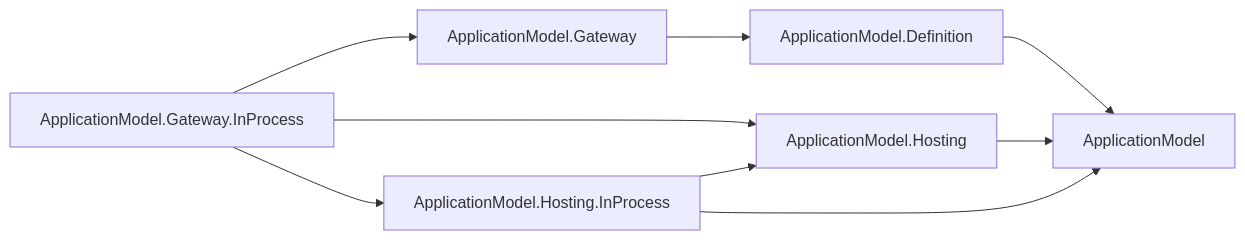
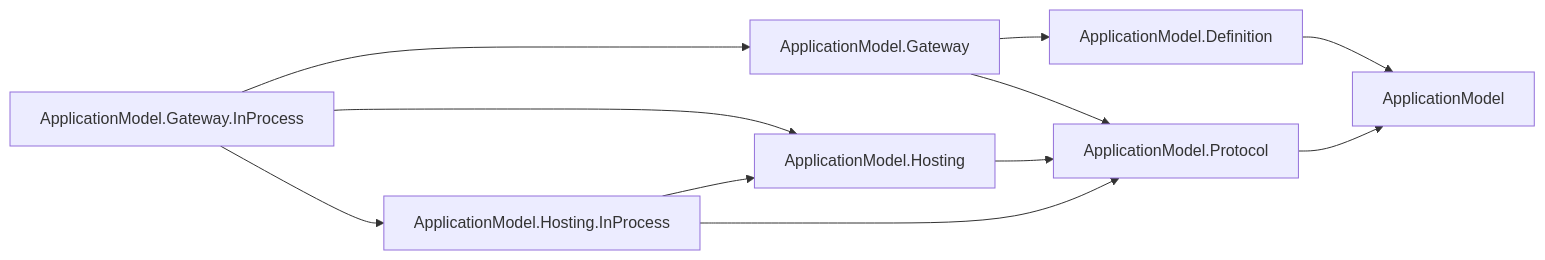
The second of 27 diagrams in docs/DEPENDENCIES.md (assimalign/cohesion), drawn with Mermaid before and after one commit. The commit also changed other lines of this file and 219 other files, not shown here.

````diff
--- a/docs/DEPENDENCIES.md
+++ b/docs/DEPENDENCIES.md
@@ -157,17 +157,20 @@
 ```mermaid
 flowchart LR
     N0["ApplicationModel"]
     N1["ApplicationModel.Definition"]
     N2["ApplicationModel.Gateway"]
     N3["ApplicationModel.Gateway.InProcess"]
     N4["ApplicationModel.Hosting"]
     N5["ApplicationModel.Hosting.InProcess"]
+    N6["ApplicationModel.Protocol"]
     N1 --> N0
     N2 --> N1
+    N2 --> N6
     N3 --> N2
     N3 --> N4
     N3 --> N5
-    N4 --> N0
-    N5 --> N0
+    N4 --> N6
     N5 --> N4
+    N5 --> N6
+    N6 --> N0
 ```
````
